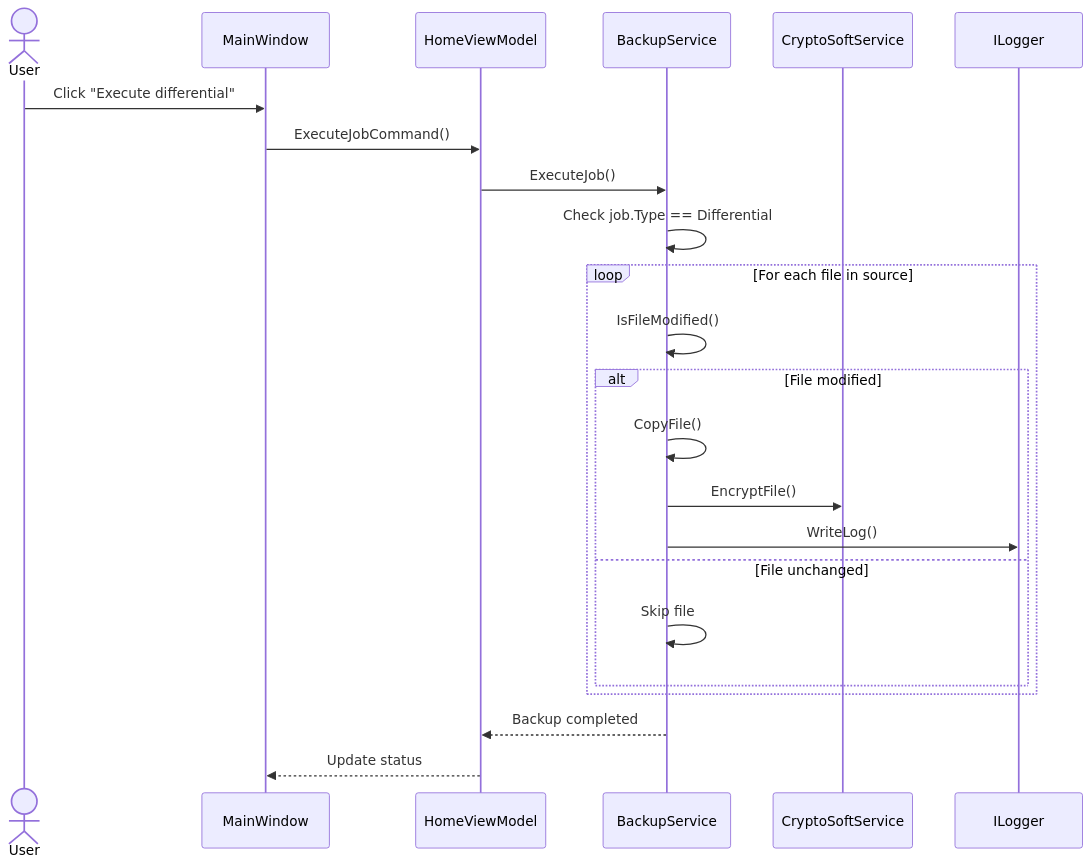
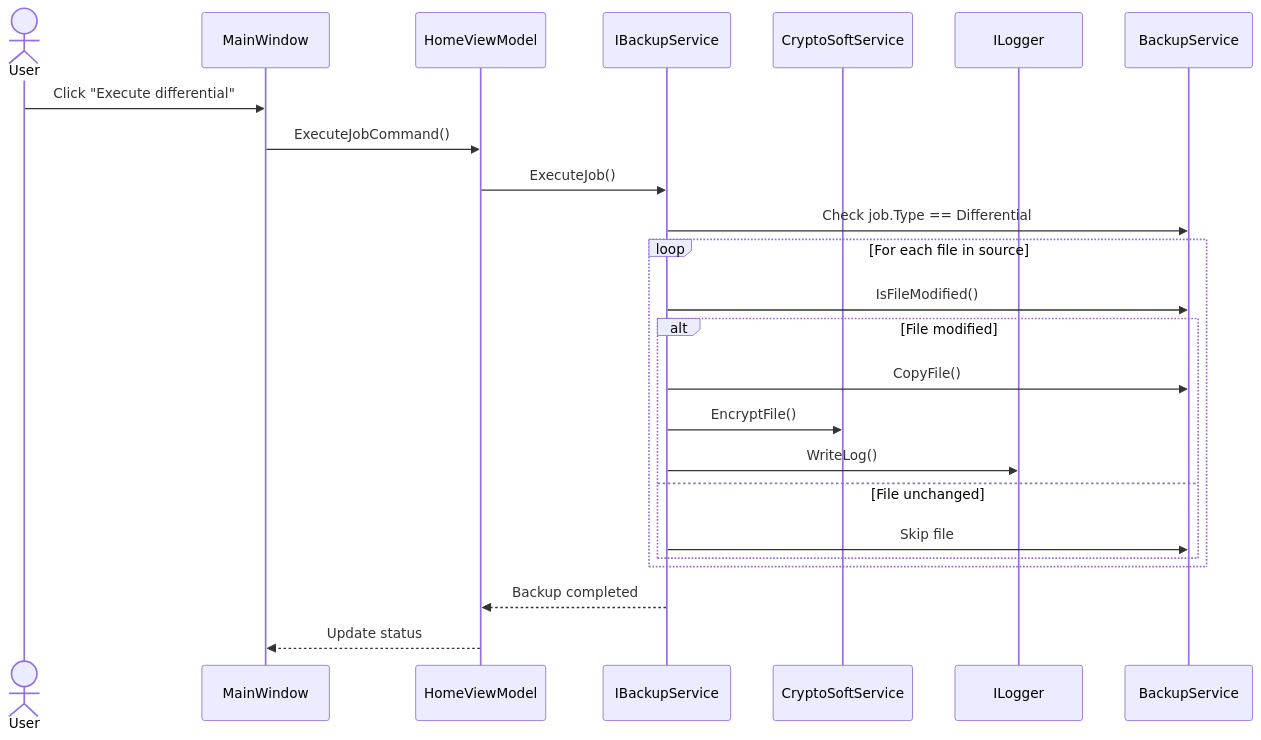
Before and after one commit to Groupe1-Prosoft/EasySave: the eighth of 9 diagrams in Diagrams/UML.md, drawn with Mermaid. The commit also changed other lines of this file, not shown here.

````diff
--- a/Diagrams/UML.md
+++ b/Diagrams/UML.md
@@ -351,30 +598,30 @@
 ```mermaid
 sequenceDiagram
     actor User
     participant MainWindow
     participant HomeViewModel
-    participant BackupService
+    participant IBackupService
     participant CryptoSoftService
     participant ILogger
 
     User->>MainWindow: Click "Execute differential"
     MainWindow->>HomeViewModel: ExecuteJobCommand()
-    HomeViewModel->>BackupService: ExecuteJob()
+    HomeViewModel->>IBackupService: ExecuteJob()
 
-   BackupService->>BackupService: Check job.Type == Differential
+   IBackupService->>BackupService: Check job.Type == Differential
 
     loop For each file in source
-        BackupService->>BackupService: IsFileModified()
+        IBackupService->>BackupService: IsFileModified()
 
         alt File modified
-            BackupService->>BackupService: CopyFile()
-            BackupService->>CryptoSoftService: EncryptFile()
-            BackupService->>ILogger: WriteLog()
+            IBackupService->>BackupService: CopyFile()
+            IBackupService->>CryptoSoftService: EncryptFile()
+            IBackupService->>ILogger: WriteLog()
         else File unchanged
-            BackupService->>BackupService: Skip file
+            IBackupService->>BackupService: Skip file
         end
     end
 
-    BackupService-->>HomeViewModel: Backup completed
+    IBackupService-->>HomeViewModel: Backup completed
     HomeViewModel-->>MainWindow: Update status
 ```
````
